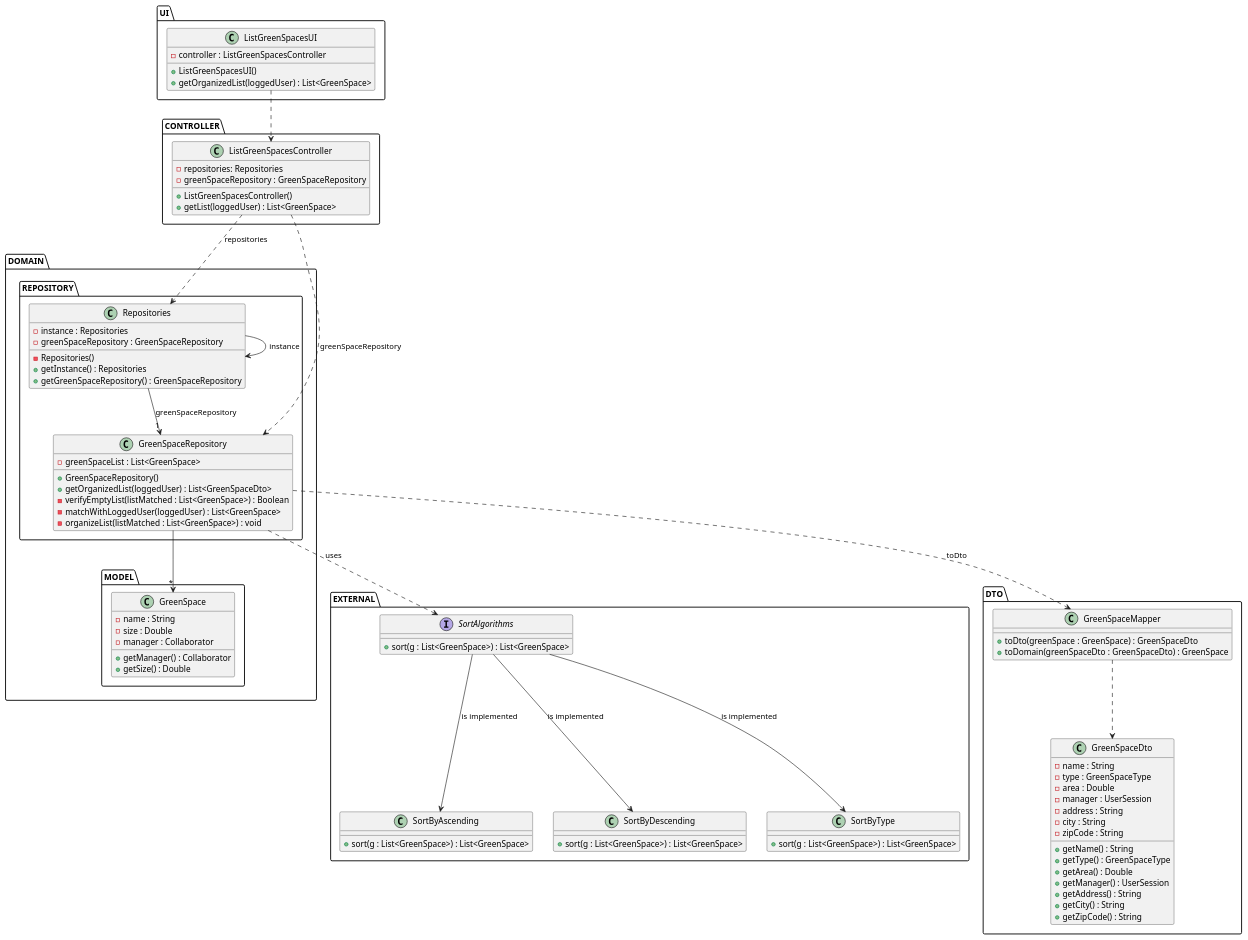
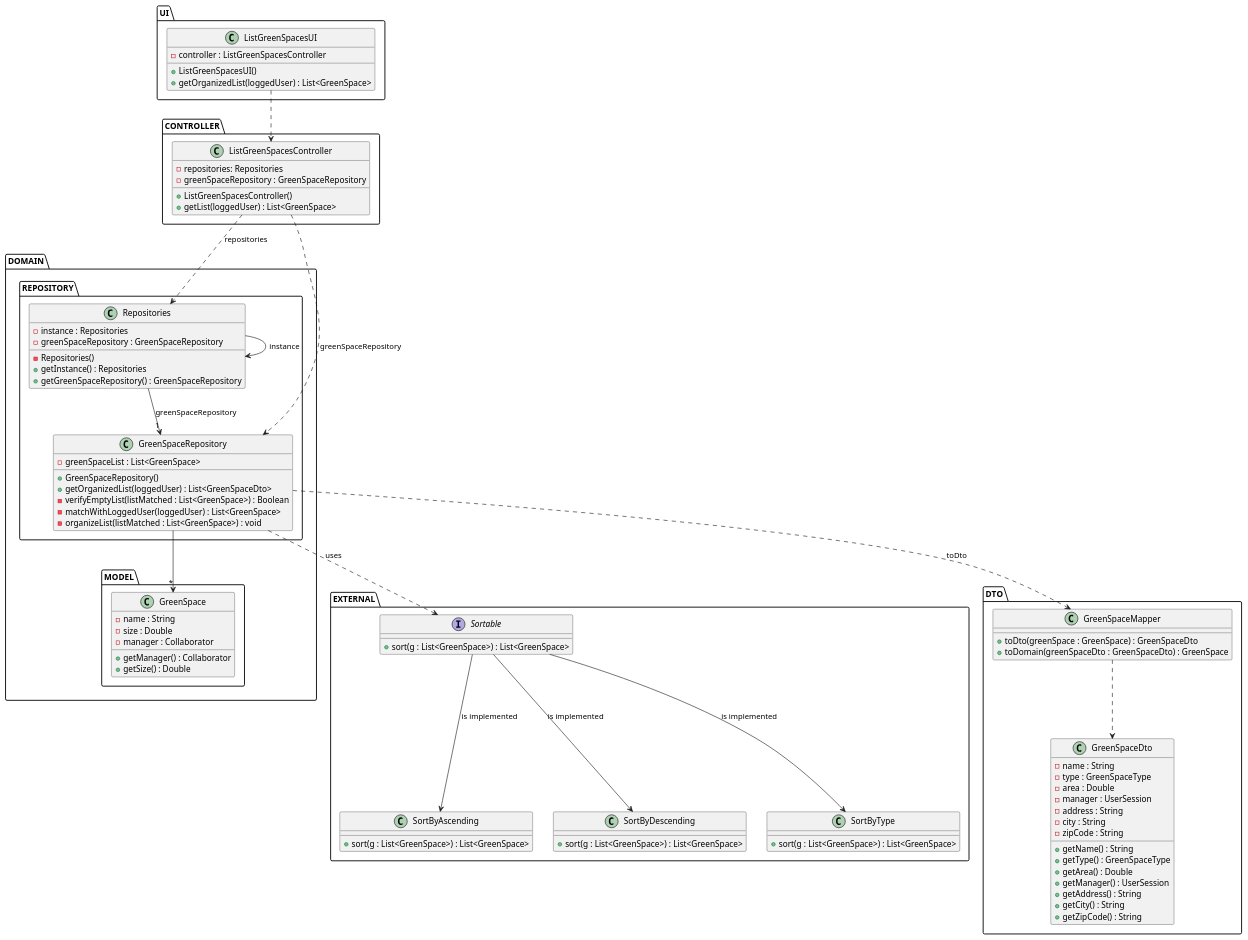
One commit to ricardomm7/leaflink changed the diagram in docs/sprintC/us027/03.design/puml/us027-class-diagram.puml. Above: the diagram before and after it, drawn with PlantUML. The commit also changed 27 other files, not shown here.

```diff
--- a/docs/sprintC/us027/03.design/puml/us027-class-diagram.puml
+++ b/docs/sprintC/us027/03.design/puml/us027-class-diagram.puml
@@ -1,104 +1,104 @@
 @startuml
 skinparam shadowing false
 skinparam line type polyline
 
 'left to right direction
 package UI{
     class ListGreenSpacesUI {
         - controller : ListGreenSpacesController
         + ListGreenSpacesUI()
         + getOrganizedList(loggedUser) : List<GreenSpace>
     }
 }
 package CONTROLLER {
     class ListGreenSpacesController {
         - repositories: Repositories
         - greenSpaceRepository : GreenSpaceRepository
 
         + ListGreenSpacesController()
         +getList(loggedUser) : List<GreenSpace>
     }
 }
 package DOMAIN{
 package REPOSITORY{
     class Repositories {
         - instance : Repositories
         - greenSpaceRepository : GreenSpaceRepository
         - Repositories()
         + getInstance() : Repositories
         + getGreenSpaceRepository() : GreenSpaceRepository
     }
 
     class GreenSpaceRepository {
         - greenSpaceList : List<GreenSpace>
         + GreenSpaceRepository()
         + getOrganizedList(loggedUser) : List<GreenSpaceDto>
         - verifyEmptyList(listMatched : List<GreenSpace>) : Boolean
         - matchWithLoggedUser(loggedUser) : List<GreenSpace>
         - organizeList(listMatched : List<GreenSpace>) : void
     }
     }
 package MODEL{
     class GreenSpace {
         - name : String
         - size : Double
         - manager : Collaborator
         + getManager() : Collaborator
         + getSize() : Double
     }
     }
     }
     package EXTERNAL{
-    interface SortAlgorithms{
+    interface Sortable{
     +sort(g : List<GreenSpace>) : List<GreenSpace>
     }
     class SortByAscending{
     +sort(g : List<GreenSpace>) : List<GreenSpace>
     }
     class SortByDescending{
         +sort(g : List<GreenSpace>) : List<GreenSpace>
     }
     class SortByType{
         +sort(g : List<GreenSpace>) : List<GreenSpace>
     }
 }
 package DTO{
            class GreenSpaceDto{
                 - name : String
                 - type : GreenSpaceType
                 - area : Double
                 - manager : UserSession
                 - address : String
                 - city : String
                 - zipCode : String
                 + getName() : String
                 + getType() : GreenSpaceType
                 + getArea() : Double
                 + getManager() : UserSession
                 + getAddress() : String
                 + getCity() : String
                 + getZipCode() : String
             }
 
             class GreenSpaceMapper{
                 +toDto(greenSpace : GreenSpace) : GreenSpaceDto
                 +toDomain(greenSpaceDto : GreenSpaceDto) : GreenSpace
             }
         }
 
 
 ListGreenSpacesUI ..> ListGreenSpacesController
 ListGreenSpacesController ..> Repositories: repositories
 Repositories --> Repositories: instance
 ListGreenSpacesController ..> GreenSpaceRepository: greenSpaceRepository
 Repositories --> "1"GreenSpaceRepository: greenSpaceRepository
 GreenSpaceRepository -->"*" GreenSpace
 GreenSpaceRepository ..> GreenSpaceMapper : toDto
 GreenSpaceMapper ..> GreenSpaceDto
-GreenSpaceRepository ..> SortAlgorithms : uses
-SortAlgorithms --> SortByAscending : is implemented
-SortAlgorithms --> SortByDescending : is implemented
-SortAlgorithms --> SortByType : is implemented
+GreenSpaceRepository ..> Sortable : uses
+Sortable --> SortByAscending : is implemented
+Sortable --> SortByDescending : is implemented
+Sortable --> SortByType : is implemented
 
 
 @enduml
```
